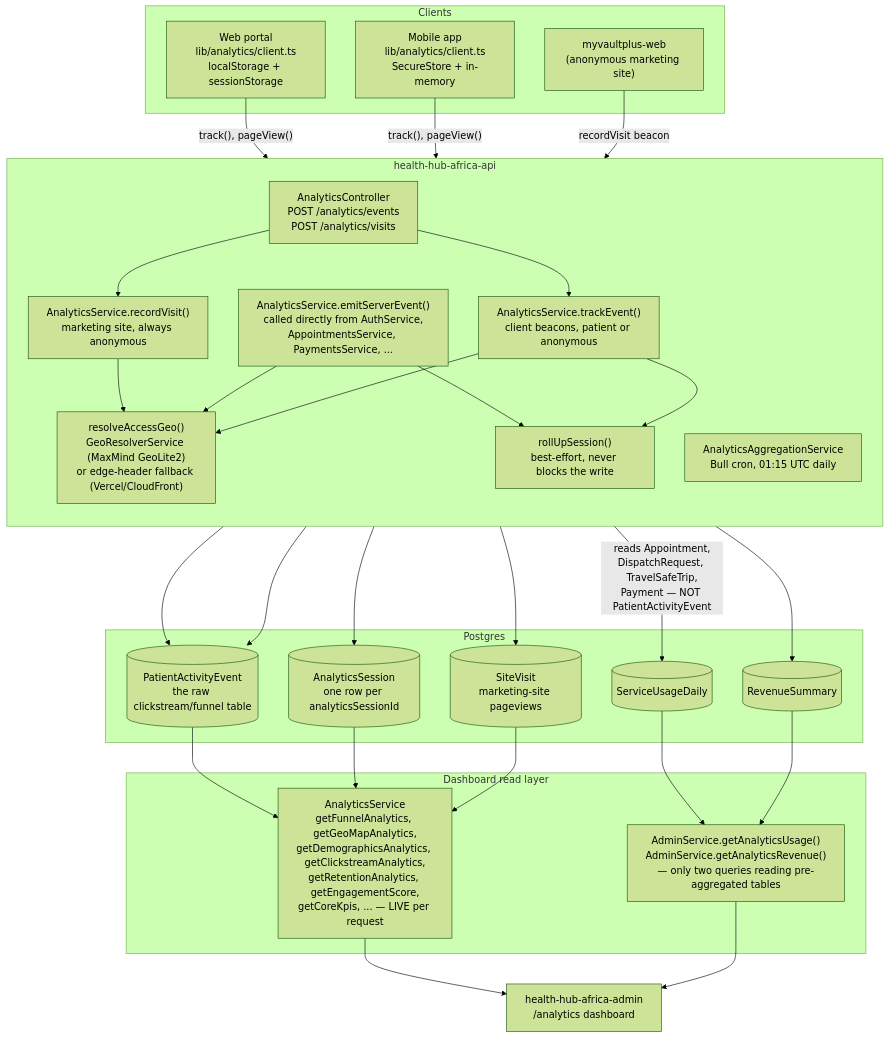
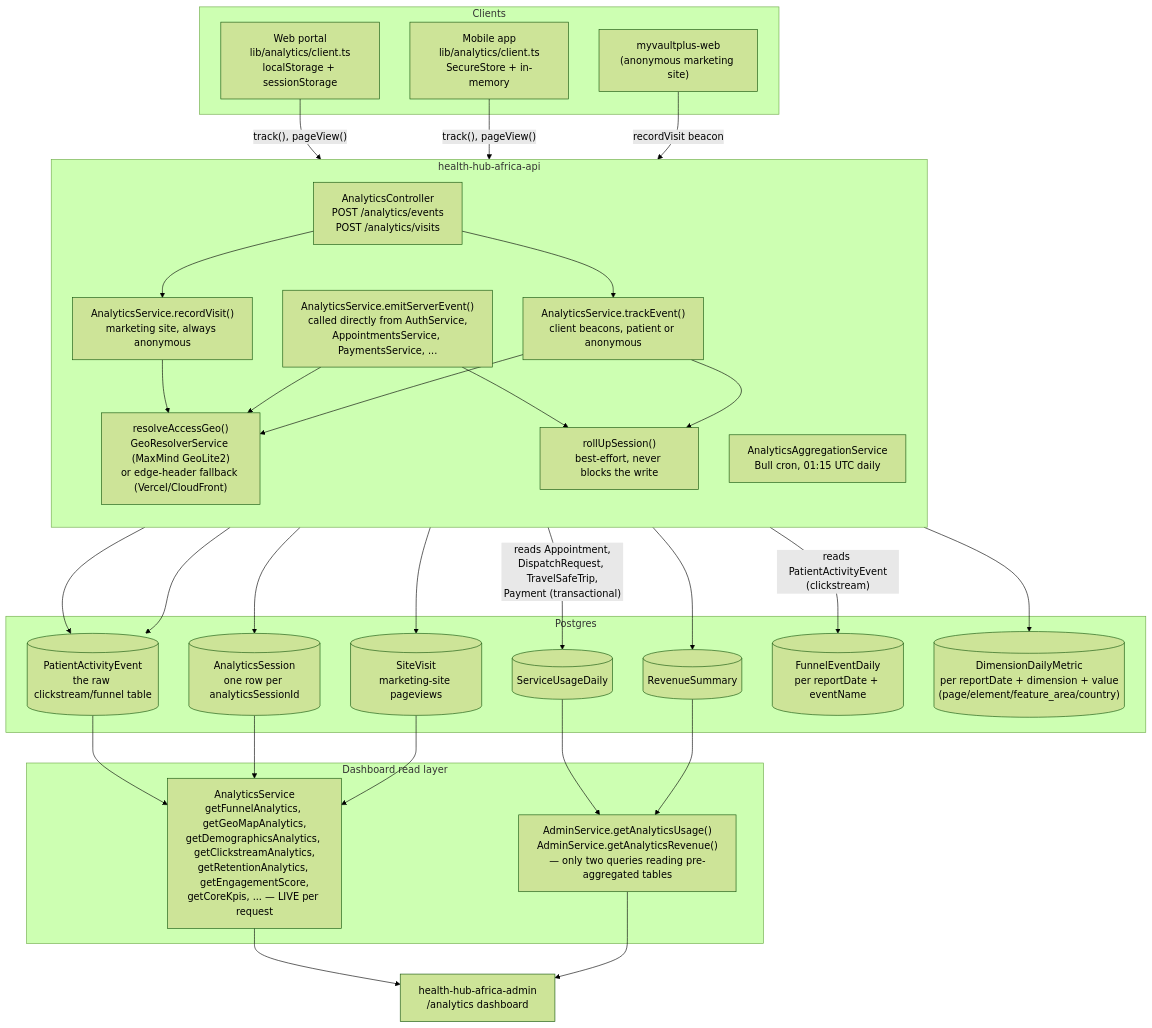
Before and after one commit to healthubafrica/health-vault: the diagram in docs/ANALYTICS-ARCHITECTURE-DIAGRAM.md, drawn with Mermaid (forest theme). The commit also changed other lines of this file and 1 other file, not shown here.

Commit message:
docs(analytics): update aggregation docs to reflect the new aggregate tables
Reflects feat/analytics-funnel-daily-aggregation and feat/analytics-
dimension-daily-aggregation — the "cron is an island" / "only 2 of 5
categories pre-aggregated" findings in these two docs are now stale.
Updates both to describe FunnelEventDaily/DimensionDailyMetric and why
they're populated but not yet read by any dashboard.

````diff
--- a/docs/ANALYTICS-ARCHITECTURE-DIAGRAM.md
+++ b/docs/ANALYTICS-ARCHITECTURE-DIAGRAM.md
@@ -7,65 +7,69 @@
 ```mermaid
 flowchart TB
     subgraph Clients
         Web["Web portal\nlib/analytics/client.ts\nlocalStorage + sessionStorage"]
         Mobile["Mobile app\nlib/analytics/client.ts\nSecureStore + in-memory"]
         Marketing["myvaultplus-web\n(anonymous marketing site)"]
     end
 
     subgraph API["health-hub-africa-api"]
         direction TB
         Controller["AnalyticsController\nPOST /analytics/events\nPOST /analytics/visits"]
         TrackEvent["AnalyticsService.trackEvent()\nclient beacons, patient or anonymous"]
         EmitServer["AnalyticsService.emitServerEvent()\ncalled directly from AuthService,\nAppointmentsService, PaymentsService, ..."]
         RecordVisit["AnalyticsService.recordVisit()\nmarketing site, always anonymous"]
         GeoResolve["resolveAccessGeo()\nGeoResolverService (MaxMind GeoLite2)\nor edge-header fallback (Vercel/CloudFront)"]
         RollUp["rollUpSession()\nbest-effort, never blocks the write"]
         Cron["AnalyticsAggregationService\nBull cron, 01:15 UTC daily"]
     end
 
     subgraph DB["Postgres"]
         PAE[("PatientActivityEvent\nthe raw clickstream/funnel table")]
         Sessions[("AnalyticsSession\none row per analyticsSessionId")]
         SiteVisits[("SiteVisit\nmarketing-site pageviews")]
         Usage[("ServiceUsageDaily")]
         Revenue[("RevenueSummary")]
+        Funnel[("FunnelEventDaily\nper reportDate + eventName")]
+        Dimension[("DimensionDailyMetric\nper reportDate + dimension + value\n(page/element/feature_area/country)")]
     end
 
     subgraph Dashboards["Dashboard read layer"]
         AnalyticsSvc["AnalyticsService\ngetFunnelAnalytics, getGeoMapAnalytics,\ngetDemographicsAnalytics, getClickstreamAnalytics,\ngetRetentionAnalytics, getEngagementScore,\ngetCoreKpis, ... — LIVE per request"]
         AdminSvcUsage["AdminService.getAnalyticsUsage()\nAdminService.getAnalyticsRevenue()\n— only two queries reading pre-aggregated tables"]
     end
 
     AdminUI["health-hub-africa-admin\n/analytics dashboard"]
 
     Web -- "track(), pageView()" --> Controller
     Mobile -- "track(), pageView()" --> Controller
     Marketing -- "recordVisit beacon" --> Controller
 
     Controller --> TrackEvent
     Controller --> RecordVisit
 
     TrackEvent --> GeoResolve
     EmitServer --> GeoResolve
     RecordVisit --> GeoResolve
 
     TrackEvent --> PAE
     EmitServer --> PAE
     RecordVisit --> SiteVisits
 
     TrackEvent --> RollUp
     EmitServer --> RollUp
     RollUp --> Sessions
 
-    Cron -- "reads Appointment,\nDispatchRequest, TravelSafeTrip,\nPayment — NOT PatientActivityEvent" --> Usage
+    Cron -- "reads Appointment,\nDispatchRequest, TravelSafeTrip,\nPayment (transactional)" --> Usage
     Cron --> Revenue
+    Cron -- "reads PatientActivityEvent\n(clickstream)" --> Funnel
+    Cron --> Dimension
 
     PAE --> AnalyticsSvc
     Sessions --> AnalyticsSvc
     SiteVisits --> AnalyticsSvc
     Usage --> AdminSvcUsage
     Revenue --> AdminSvcUsage
 
     AnalyticsSvc --> AdminUI
     AdminSvcUsage --> AdminUI
 ```
````
